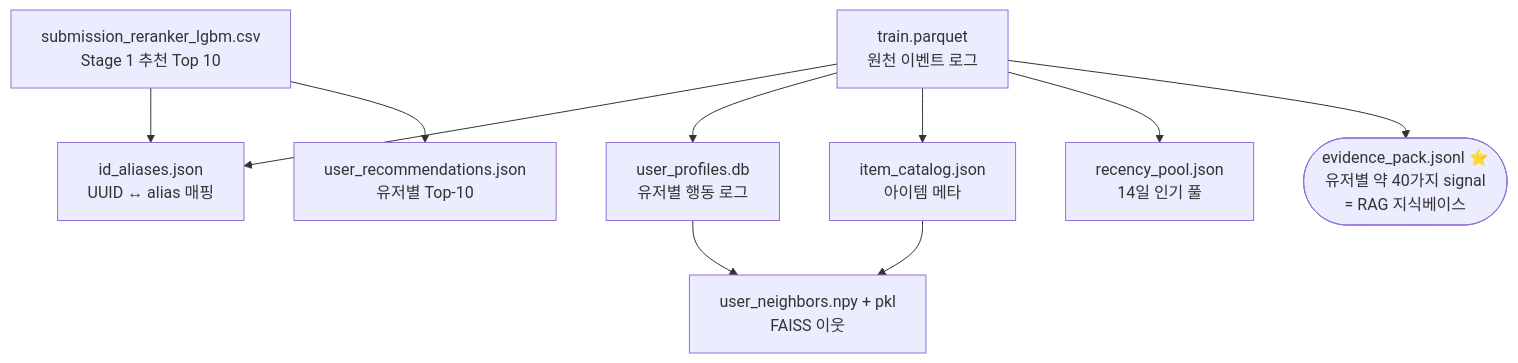
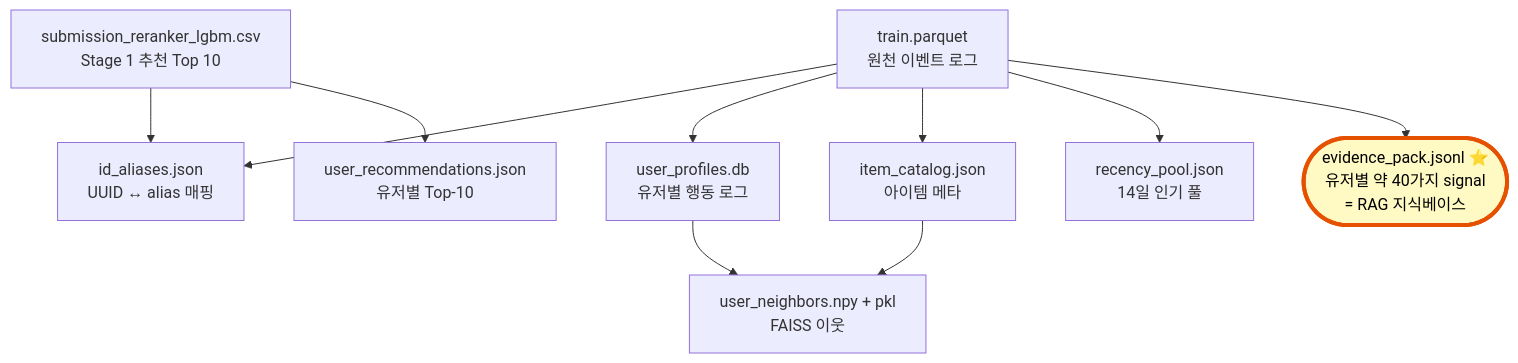
Before and after one commit to yoon-chung/recsys-commerce: the second of 2 diagrams in service/README_mvp.md, drawn with Mermaid.

````diff
--- a/service/README_mvp.md
+++ b/service/README_mvp.md
@@ -109,17 +109,19 @@
 ```mermaid
 flowchart TB
   T[train.parquet<br/>원천 이벤트 로그]
   S[submission_reranker_lgbm.csv<br/>Stage 1 추천 Top 10]
 
   T --> A[id_aliases.json<br/>UUID ↔ alias 매핑]
   S --> A
 
   T --> P[user_profiles.db<br/>유저별 행동 로그]
   T --> C[item_catalog.json<br/>아이템 메타]
   S --> R[user_recommendations.json<br/>유저별 Top-10]
   T --> Y[recency_pool.json<br/>14일 인기 풀]
   T --> E([evidence_pack.jsonl ⭐<br/>유저별 약 40가지 signal<br/>= RAG 지식베이스])
 
   P --> F[user_neighbors.npy + pkl<br/>FAISS 이웃]
   C --> F
+
+  style E fill:#fff9c4,stroke:#e65100,stroke-width:4px,color:#000
 ```
````
